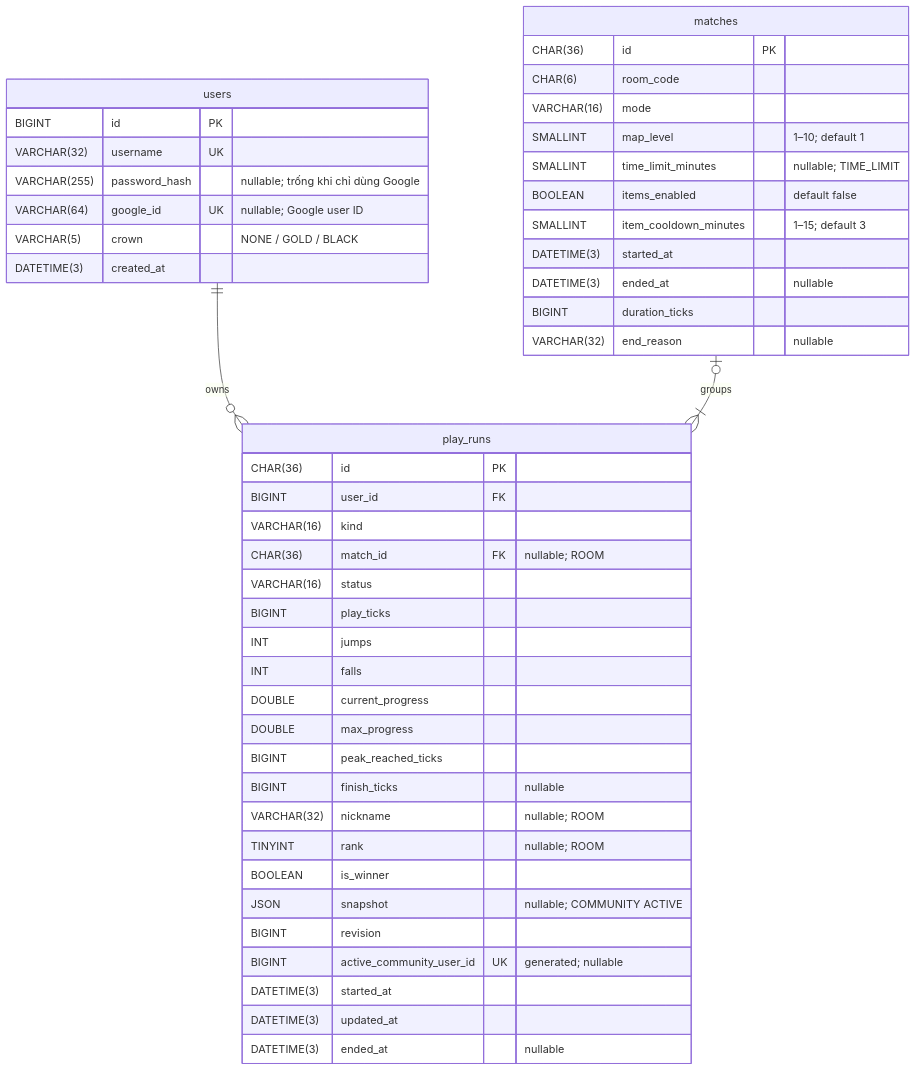
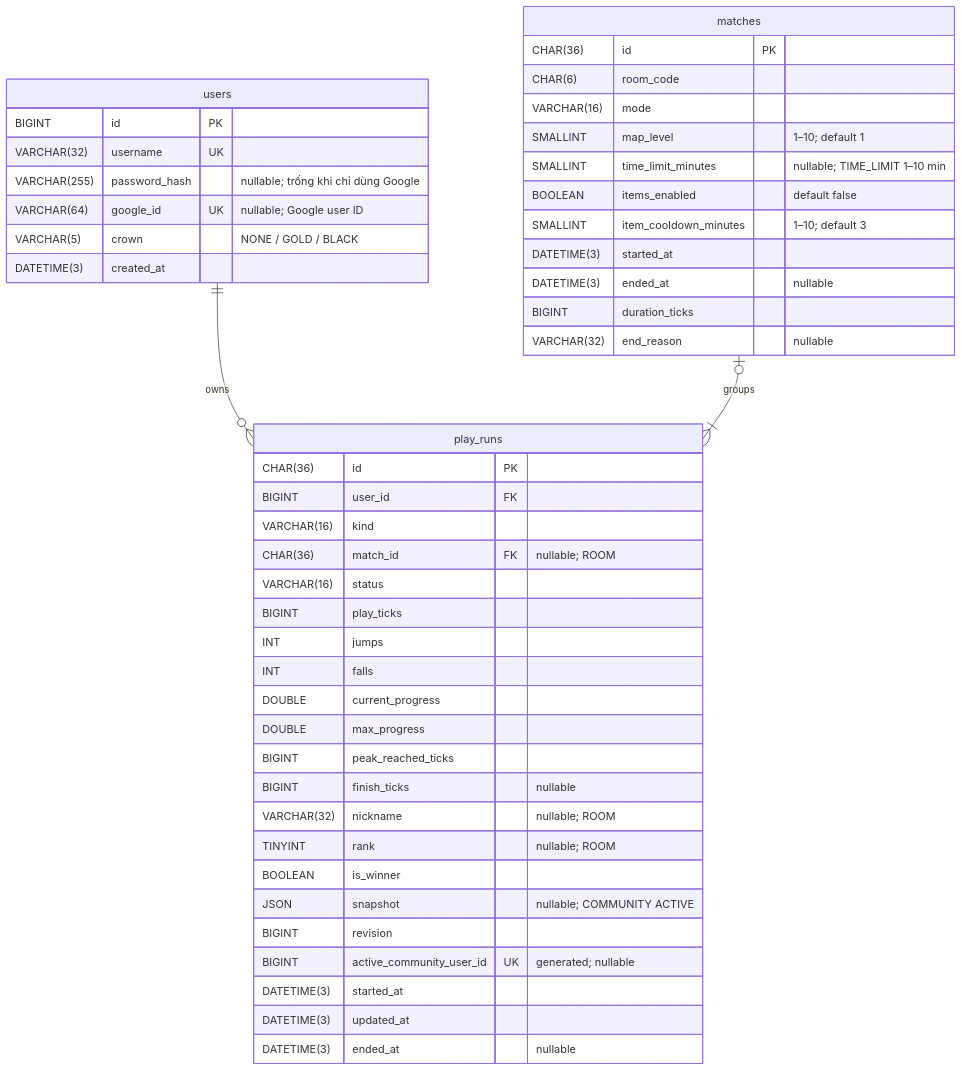
The diagram in docs/data.md (nvbangg/JumpKing-Multiplayer), drawn with Mermaid before and after one commit. The commit also changed other lines of this file and 29 other files, not shown here.

````diff
--- a/docs/data.md
+++ b/docs/data.md
@@ -13,49 +13,49 @@
 ```mermaid
 erDiagram
     users ||--o{ play_runs : owns
     matches o|--|{ play_runs : groups
     users {
         BIGINT id PK
         VARCHAR(32) username UK
         VARCHAR(255) password_hash "nullable; trống khi chỉ dùng Google"
         VARCHAR(64) google_id UK "nullable; Google user ID"
         VARCHAR(5) crown "NONE / GOLD / BLACK"
         DATETIME(3) created_at
     }
     play_runs {
         CHAR(36) id PK
         BIGINT user_id FK
         VARCHAR(16) kind
         CHAR(36) match_id FK "nullable; ROOM"
         VARCHAR(16) status
         BIGINT play_ticks
         INT jumps
         INT falls
         DOUBLE current_progress
         DOUBLE max_progress
         BIGINT peak_reached_ticks
         BIGINT finish_ticks "nullable"
         VARCHAR(32) nickname "nullable; ROOM"
         TINYINT rank "nullable; ROOM"
         BOOLEAN is_winner
         JSON snapshot "nullable; COMMUNITY ACTIVE"
         BIGINT revision
         BIGINT active_community_user_id UK "generated; nullable"
         DATETIME(3) started_at
         DATETIME(3) updated_at
         DATETIME(3) ended_at "nullable"
     }
     matches {
         CHAR(36) id PK
         CHAR(6) room_code
         VARCHAR(16) mode
         SMALLINT map_level "1–10; default 1"
-        SMALLINT time_limit_minutes "nullable; TIME_LIMIT"
+        SMALLINT time_limit_minutes "nullable; TIME_LIMIT 1–10 min"
         BOOLEAN items_enabled "default false"
-        SMALLINT item_cooldown_minutes "1–15; default 3"
+        SMALLINT item_cooldown_minutes "1–10; default 3"
         DATETIME(3) started_at
         DATETIME(3) ended_at "nullable"
         BIGINT duration_ticks
         VARCHAR(32) end_reason "nullable"
     }
 ```
````
